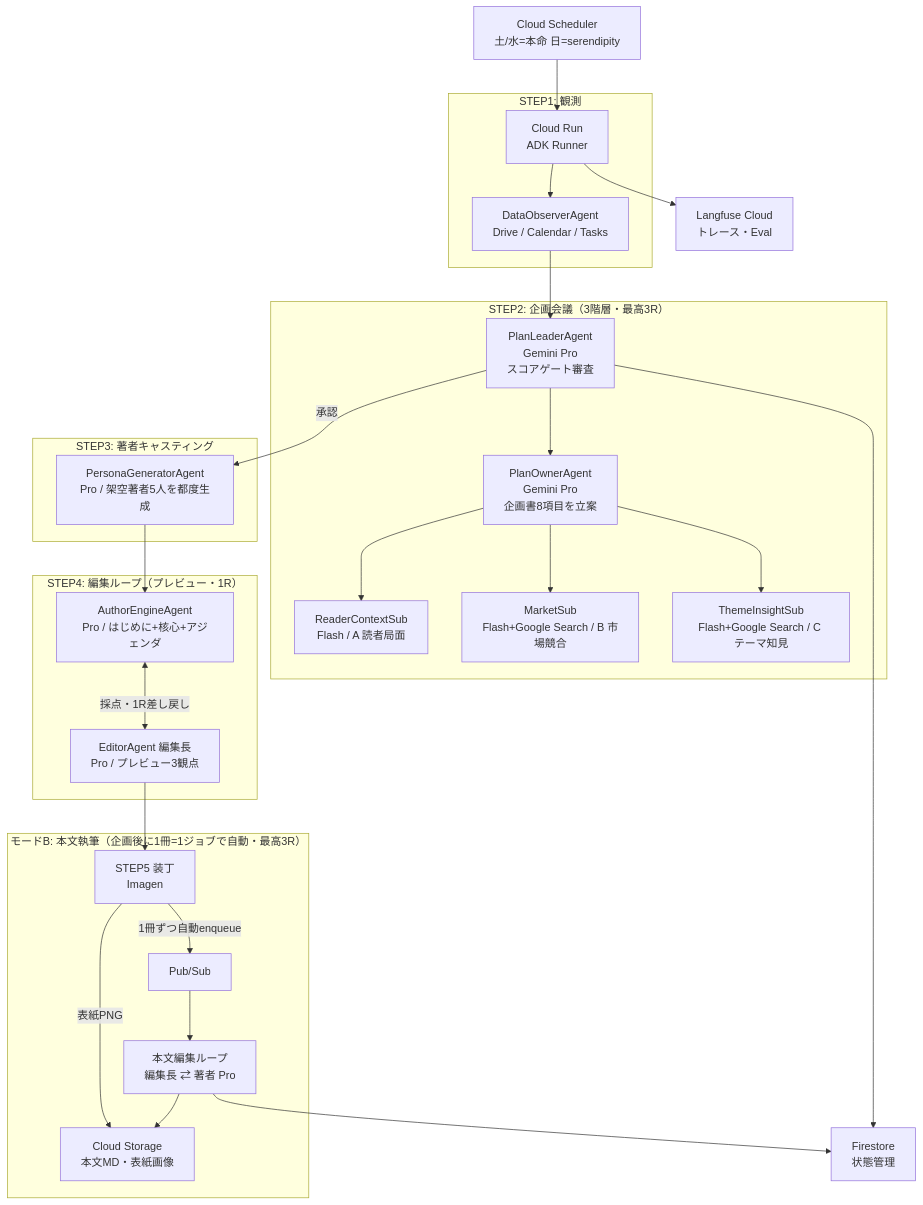
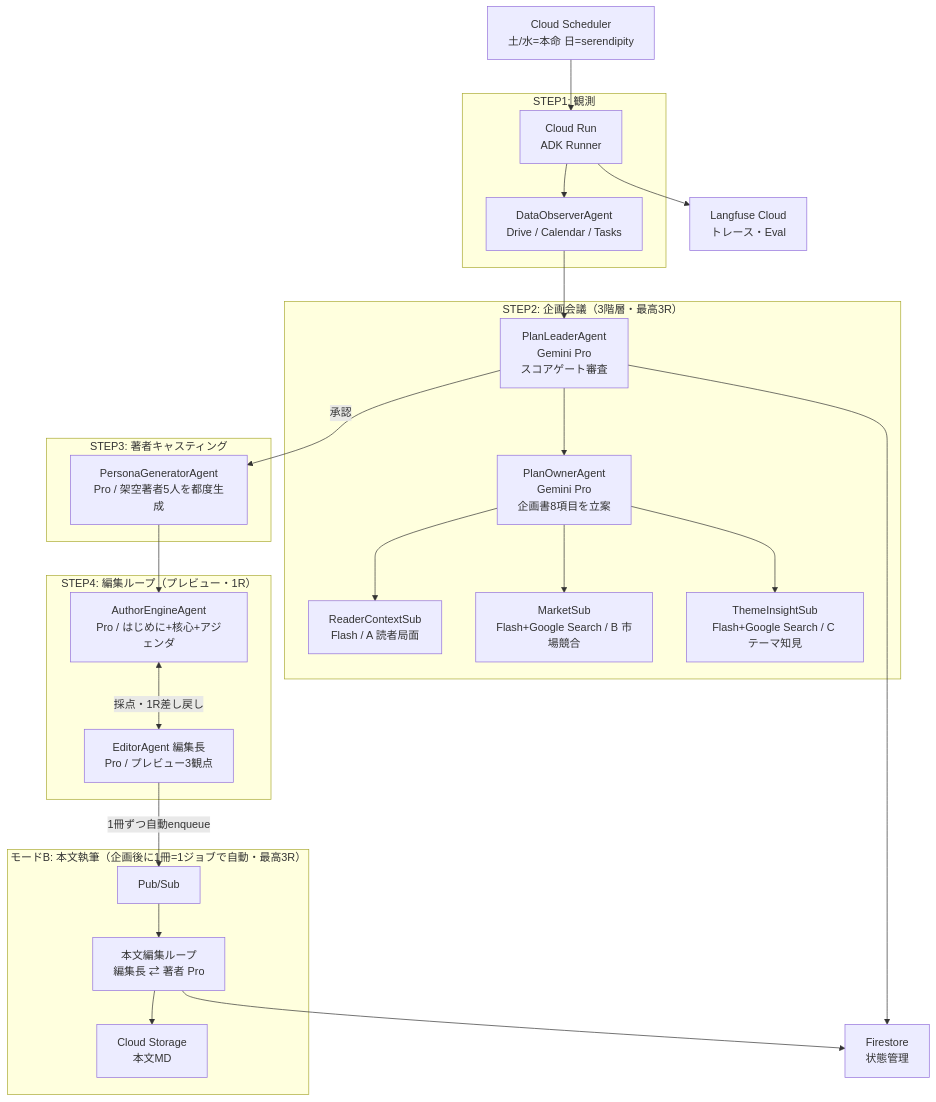
The diagram in README.md (cloud-dojo/publishr), drawn with Mermaid before and after one commit. The commit also changed other lines of this file and 26 other files, not shown here.

````diff
--- a/README.md
+++ b/README.md
@@ -67,38 +67,35 @@
 ```mermaid
 graph TD
     CS[Cloud Scheduler<br/>土/水=本命 日=serendipity] --> CR[Cloud Run<br/>ADK Runner]
 
     subgraph STEP1[STEP1: 観測]
         CR --> OBS[DataObserverAgent<br/>Drive / Calendar / Tasks]
     end
 
     subgraph STEP2[STEP2: 企画会議（3階層・最高3R）]
         OBS --> LEADER[PlanLeaderAgent<br/>Gemini Pro<br/>スコアゲート審査]
         LEADER --> OWNER[PlanOwnerAgent<br/>Gemini Pro<br/>企画書8項目を立案]
         OWNER --> RC[ReaderContextSub<br/>Flash / A 読者局面]
         OWNER --> MK[MarketSub<br/>Flash+Google Search / B 市場競合]
         OWNER --> TI[ThemeInsightSub<br/>Flash+Google Search / C テーマ知見]
     end
 
     subgraph STEP3[STEP3: 著者キャスティング]
         LEADER -->|承認| PERSONA[PersonaGeneratorAgent<br/>Pro / 架空著者5人を都度生成]
     end
 
     subgraph STEP4[STEP4: 編集ループ（プレビュー・1R）]
         PERSONA --> ENGINE[AuthorEngineAgent<br/>Pro / はじめに+核心+アジェンダ]
         ENGINE <-->|採点・1R差し戻し| EDITOR[EditorAgent 編集長<br/>Pro / プレビュー3観点]
     end
 
-    EDITOR --> COVER[STEP5 装丁<br/>Imagen]
-
     subgraph MODEB[モードB: 本文執筆（企画後に1冊=1ジョブで自動・最高3R）]
-        COVER -->|1冊ずつ自動enqueue| PUBSUB[Pub/Sub]
+        EDITOR -->|1冊ずつ自動enqueue| PUBSUB[Pub/Sub]
         PUBSUB --> WRITER[本文編集ループ<br/>編集長 ⇄ 著者 Pro]
-        WRITER --> GCS[Cloud Storage<br/>本文MD・表紙画像]
-        COVER -->|表紙PNG| GCS
+        WRITER --> GCS[Cloud Storage<br/>本文MD]
     end
 
     LEADER --> FS[Firestore<br/>状態管理]
     WRITER --> FS
     CR --> LF[Langfuse Cloud<br/>トレース・Eval]
 ```
````
